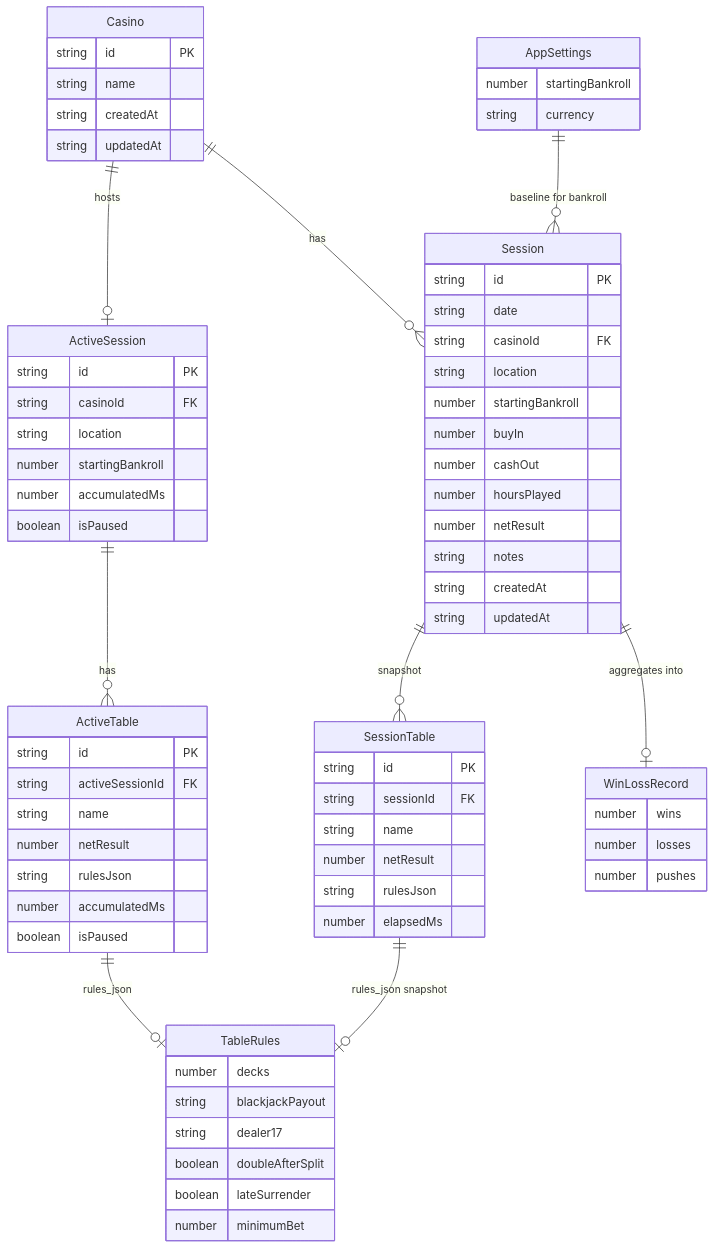
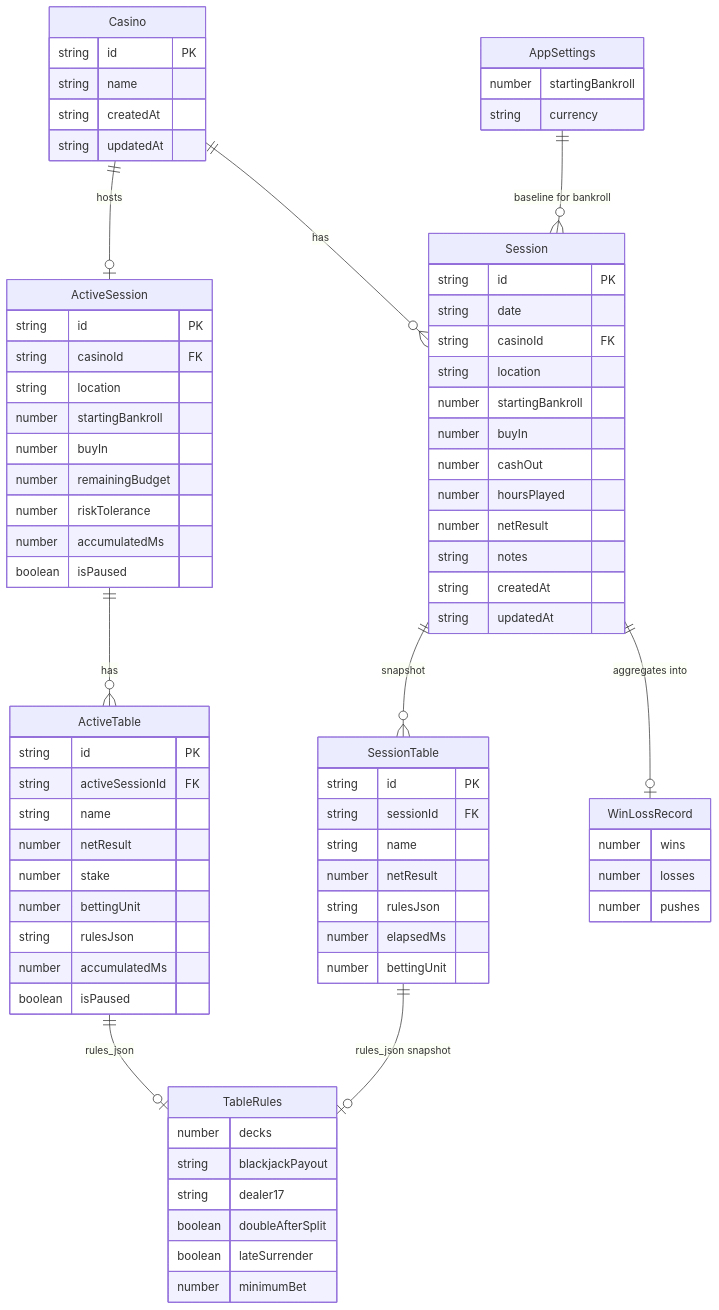
Before and after one commit to Trevor5008/StackTrack: the first of 2 diagrams in docs/schema.md, drawn with Mermaid. The commit also changed other lines of this file and 18 other files, not shown here.

Commit message:
feat: budget-stake flow, basic-strategy RoR, release ^1.1.0 Session budget and table stakes drive P/L Risk tolerance + betting unit components for approximating RoR w/ viable/not-viable cues (schema v5-v6)

````diff
--- a/docs/schema.md
+++ b/docs/schema.md
@@ -253,73 +278,79 @@
 ```mermaid
 erDiagram
   Casino ||--o{ Session : "has"
   Casino ||--o| ActiveSession : "hosts"
   AppSettings ||--o{ Session : "baseline for bankroll"
   ActiveSession ||--o{ ActiveTable : "has"
   Session ||--o{ SessionTable : "snapshot"
   ActiveTable ||--o| TableRules : "rules_json"
   SessionTable ||--o| TableRules : "rules_json snapshot"
   Casino {
     string id PK
     string name
     string createdAt
     string updatedAt
   }
   Session {
     string id PK
     string date
     string casinoId FK
     string location
     number startingBankroll
     number buyIn
     number cashOut
     number hoursPlayed
     number netResult
     string notes
     string createdAt
     string updatedAt
   }
   ActiveSession {
     string id PK
     string casinoId FK
     string location
     number startingBankroll
+    number buyIn
+    number remainingBudget
+    number riskTolerance
     number accumulatedMs
     boolean isPaused
   }
   ActiveTable {
     string id PK
     string activeSessionId FK
     string name
     number netResult
+    number stake
+    number bettingUnit
     string rulesJson
     number accumulatedMs
     boolean isPaused
   }
   SessionTable {
     string id PK
     string sessionId FK
     string name
     number netResult
     string rulesJson
     number elapsedMs
+    number bettingUnit
   }
   TableRules {
     number decks
     string blackjackPayout
     string dealer17
     boolean doubleAfterSplit
     boolean lateSurrender
     number minimumBet
   }
   AppSettings {
     number startingBankroll
     string currency
   }
   WinLossRecord {
     number wins
     number losses
     number pushes
   }
   Session ||--o| WinLossRecord : "aggregates into"
 ```
````
